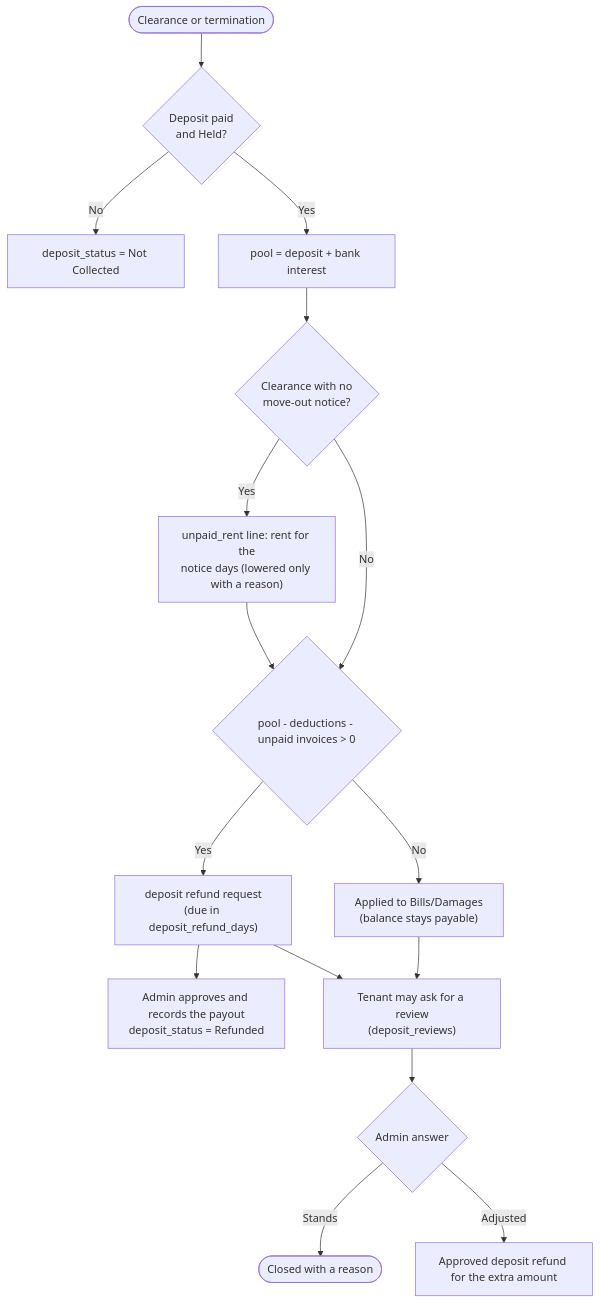
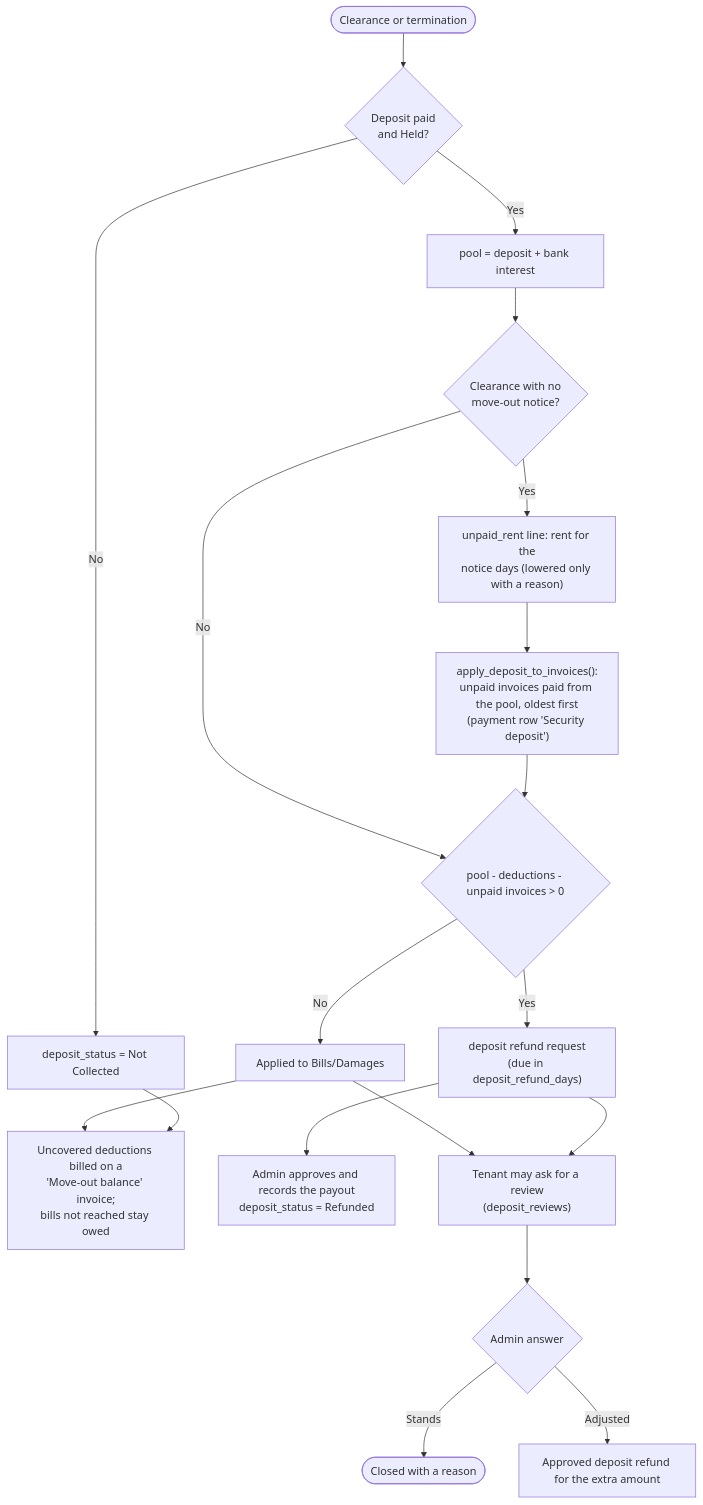
Diagram 24 of 24 in docs/documentation/system_diagrams.md (Keonbe/ApartmentManagementSystem_React), drawn with Mermaid before and after one commit. The commit also changed 20 other files, not shown here.

````diff
--- a/docs/documentation/system_diagrams.md
+++ b/docs/documentation/system_diagrams.md
@@ -1754,18 +1754,21 @@
 ```mermaid
 flowchart TD
     A([Clearance or termination]) --> B{Deposit paid<br/>and Held?}
     B -->|No| N["deposit_status = Not Collected"]
     B -->|Yes| E["pool = deposit + bank interest"]
     E --> F{"Clearance with no<br/>move-out notice?"}
     F -->|Yes| G["unpaid_rent line: rent for the<br/>notice days (lowered only with a reason)"]
     F -->|No| H
-    G --> H{"pool - deductions - unpaid invoices > 0"}
+    G --> P["apply_deposit_to_invoices():<br/>unpaid invoices paid from the pool, oldest first<br/>(payment row 'Security deposit')"]
+    P --> H{"pool - deductions - unpaid invoices > 0"}
     H -->|Yes| I["deposit refund request<br/>(due in deposit_refund_days)"]
-    H -->|No| D["Applied to Bills/Damages<br/>(balance stays payable)"]
+    H -->|No| D["Applied to Bills/Damages"]
+    D --> Q["Uncovered deductions billed on a<br/>'Move-out balance' invoice;<br/>bills not reached stay owed"]
+    N --> Q
     I --> J["Admin approves and records the payout<br/>deposit_status = Refunded"]
     D --> K["Tenant may ask for a review<br/>(deposit_reviews)"]
     I --> K
     K --> L{Admin answer}
     L -->|Stands| M([Closed with a reason])
     L -->|Adjusted| O["Approved deposit refund for the extra amount"]
 ```
````
